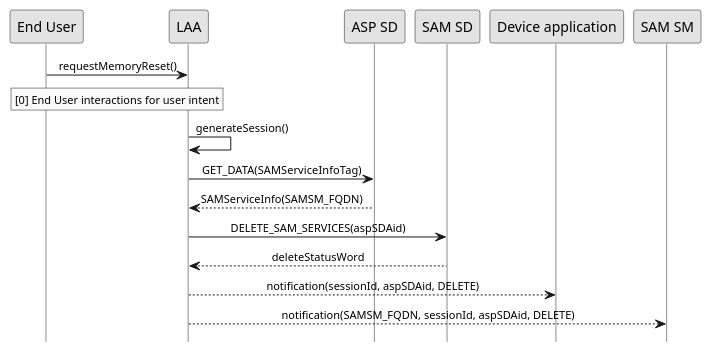
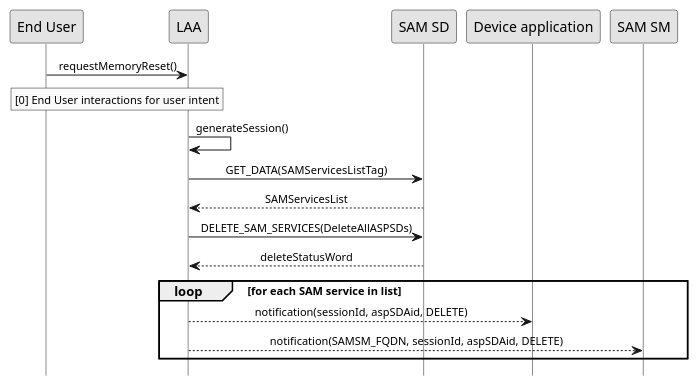
Before and after one commit to gaelrgerard/laa: the diagram in doc/uml/reset.pu, drawn with PlantUML.

```diff
--- a/doc/uml/reset.pu
+++ b/doc/uml/reset.pu
@@ -2,29 +2,32 @@
 @startuml
  
 hide footbox
 skinparam sequenceMessageAlign center
 skinparam sequenceArrowFontSize 11
 skinparam noteFontSize 11
 skinparam monochrome true
 skinparam lifelinestrategy solid
  
 "End User" -> "LAA" : requestMemoryReset()
 
  
 rnote over "LAA", "End User"
      [0] End User interactions for user intent
 end rnote
 
 LAA -> LAA : generateSession()
 
-LAA -> "ASP SD" : GET_DATA(SAMServiceInfoTag)
-"ASP SD" --> LAA : SAMServiceInfo(SAMSM_FQDN)  
+LAA -> "SAM SD" : GET_DATA(SAMServicesListTag)
+"SAM SD" --> LAA : SAMServicesList  
 
-"LAA" -> "SAM SD" : DELETE_SAM_SERVICES(aspSDAid) 
+"LAA" -> "SAM SD" : DELETE_SAM_SERVICES(DeleteAllASPSDs) 
 "SAM SD" --> LAA : deleteStatusWord
 
+loop for each SAM service in list
  
 LAA --> "Device application" : notification(sessionId, aspSDAid, DELETE)
  
 LAA --> "SAM SM" : notification(SAMSM_FQDN, sessionId, aspSDAid, DELETE)
+end loop
+
 @enduml
```
